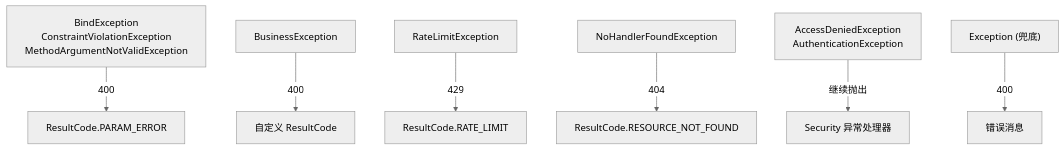
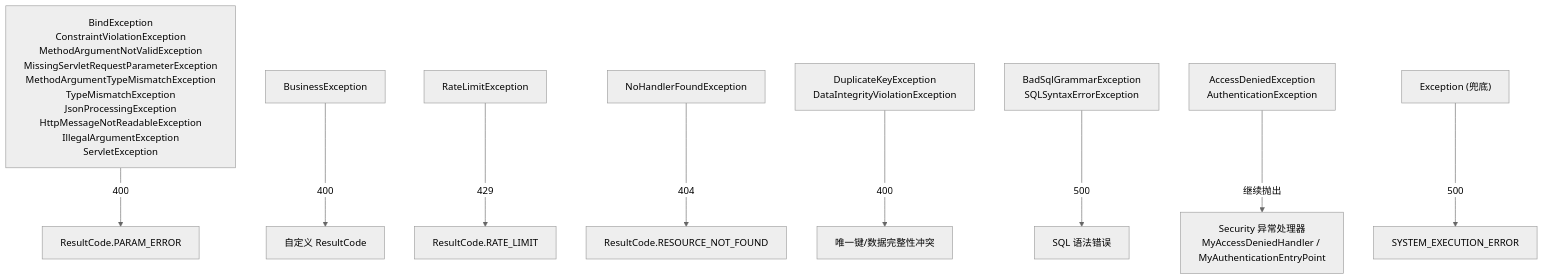
Before and after one commit to earthy-zinc/dehaze-system: diagram 14 of 14 in dehaze-doc/docs/02-系统架构/09-后端基础设施设计(Java).md, drawn with Mermaid (neutral theme). The commit also changed other lines of this file and 19 other files, not shown here.

````diff
--- a/dehaze-doc/docs/02-系统架构/09-后端基础设施设计(Java).md
+++ b/dehaze-doc/docs/02-系统架构/09-后端基础设施设计(Java).md
@@ -916,9 +946,11 @@
 ```mermaid
 flowchart TB
-    E1["BindException<br/>ConstraintViolationException<br/>MethodArgumentNotValidException"] -->|400| R1["ResultCode.PARAM_ERROR"]
+    E1["BindException<br/>ConstraintViolationException<br/>MethodArgumentNotValidException<br/>MissingServletRequestParameterException<br/>MethodArgumentTypeMismatchException<br/>TypeMismatchException<br/>JsonProcessingException<br/>HttpMessageNotReadableException<br/>IllegalArgumentException<br/>ServletException"] -->|400| R1["ResultCode.PARAM_ERROR"]
     E2["BusinessException"] -->|400| R2["自定义 ResultCode"]
     E3["RateLimitException"] -->|429| R3["ResultCode.RATE_LIMIT"]
     E4["NoHandlerFoundException"] -->|404| R4["ResultCode.RESOURCE_NOT_FOUND"]
-    E5["AccessDeniedException<br/>AuthenticationException"] -->|"继续抛出"| R5["Security 异常处理器"]
-    E6["Exception (兜底)"] -->|400| R6["错误消息"]
+    E5["DuplicateKeyException<br/>DataIntegrityViolationException"] -->|400| R5["唯一键/数据完整性冲突"]
+    E6["BadSqlGrammarException<br/>SQLSyntaxErrorException"] -->|500| R6["SQL 语法错误"]
+    E7["AccessDeniedException<br/>AuthenticationException"] -->|"继续抛出"| R7["Security 异常处理器<br/>MyAccessDeniedHandler / MyAuthenticationEntryPoint"]
+    E8["Exception (兜底)"] -->|500| R8["SYSTEM_EXECUTION_ERROR"]
 ```
````
